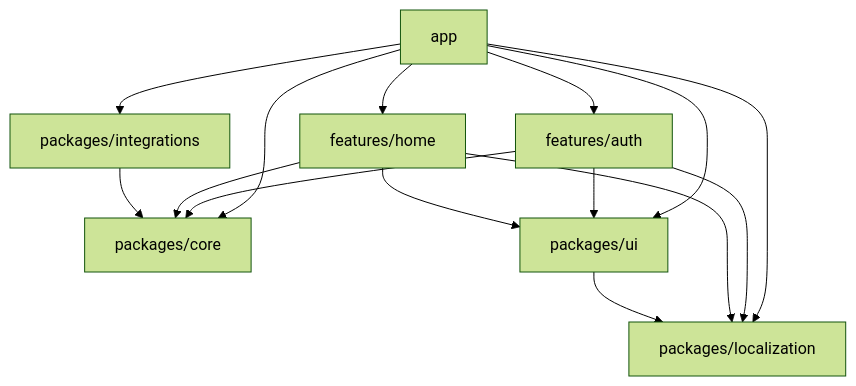
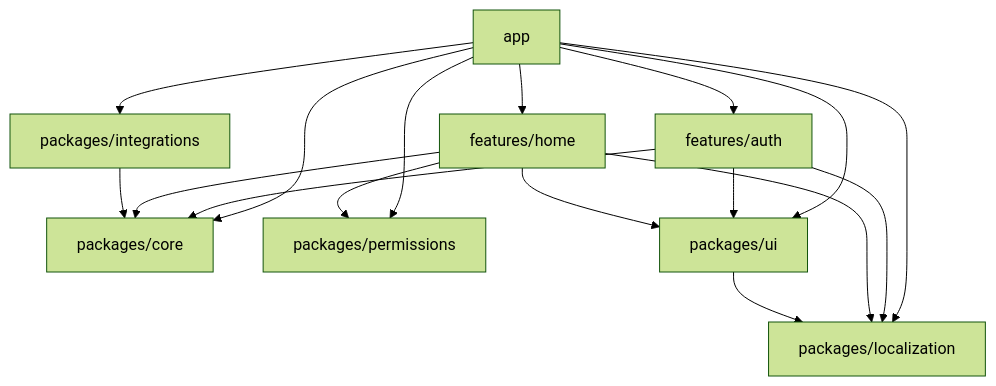
The diagram in docs/architecture.md (jasonw-dev/flutter-app-template), drawn with Mermaid (forest theme) before and after one commit. The commit also changed other lines of this file and 26 other files, not shown here.

First line of the commit message:
feat(permissions): 權限流程樣板——packages/permissions + 四條規則 + 通知權限活範例

````diff
--- a/docs/architecture.md
+++ b/docs/architecture.md
@@ -70,25 +72,28 @@
 ```mermaid
 graph TD
   app
   auth[features/auth]
   home[features/home]
   core[packages/core]
   integrations[packages/integrations]
   localization[packages/localization]
+  permissions[packages/permissions]
   ui[packages/ui]
 
   app --> auth
   app --> core
   app --> home
   app --> integrations
   app --> localization
+  app --> permissions
   app --> ui
   auth --> core
   auth --> localization
   auth --> ui
   home --> core
   home --> localization
+  home --> permissions
   home --> ui
   integrations --> core
   ui --> localization
 ```
````
